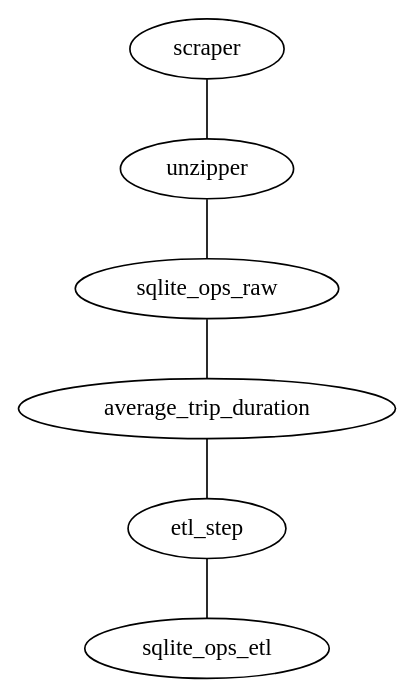
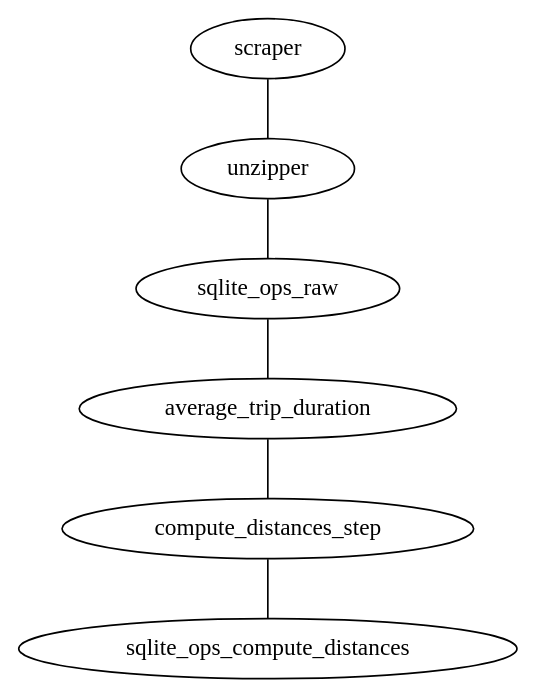
Before and after one commit to peter-ram/snakedev_de_loka: the diagram in flow.dot, drawn with Graphviz. The commit also changed 3 other files, not shown here.

```diff
--- a/flow.dot
+++ b/flow.dot
@@ -1,8 +1,8 @@
 graph { 
 	scraper -- unzipper 
 	unzipper -- sqlite_ops_raw 
 	sqlite_ops_raw -- average_trip_duration 
-	average_trip_duration -- etl_step 
-	etl_step -- sqlite_ops_etl
+	average_trip_duration -- compute_distances_step 
+	compute_distances_step -- sqlite_ops_compute_distances
  
 }
```
